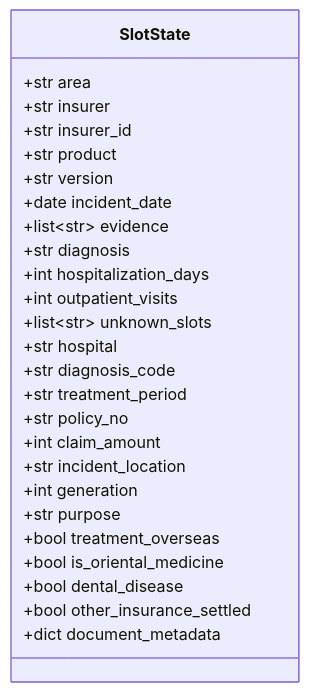
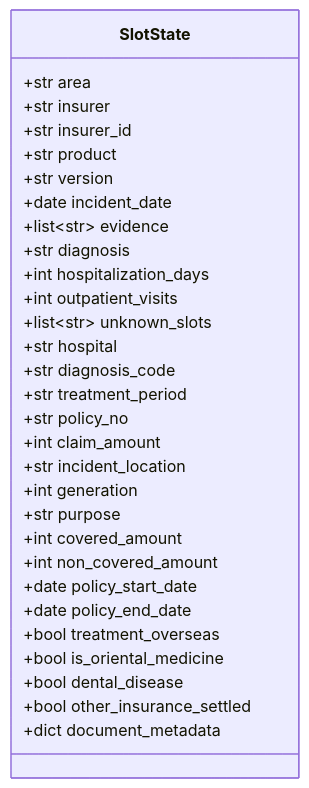
The tenth of 59 diagrams in docs/specs/06-DOM/INS-DOM-005.md (HoyoungParkme/Insurance-Helper), drawn with Mermaid before and after one commit. The commit also changed other lines of this file, not shown here.

````diff
--- a/docs/specs/06-DOM/INS-DOM-005.md
+++ b/docs/specs/06-DOM/INS-DOM-005.md
@@ -449,29 +451,33 @@
 ```mermaid
 classDiagram
   class SlotState {
     +str area
     +str insurer
     +str insurer_id
     +str product
     +str version
     +date incident_date
     +list~str~ evidence
     +str diagnosis
     +int hospitalization_days
     +int outpatient_visits
     +list~str~ unknown_slots
     +str hospital
     +str diagnosis_code
     +str treatment_period
     +str policy_no
     +int claim_amount
     +str incident_location
     +int generation
     +str purpose
+    +int covered_amount
+    +int non_covered_amount
+    +date policy_start_date
+    +date policy_end_date
     +bool treatment_overseas
     +bool is_oriental_medicine
     +bool dental_disease
     +bool other_insurance_settled
     +dict document_metadata
   }
 ```
````
